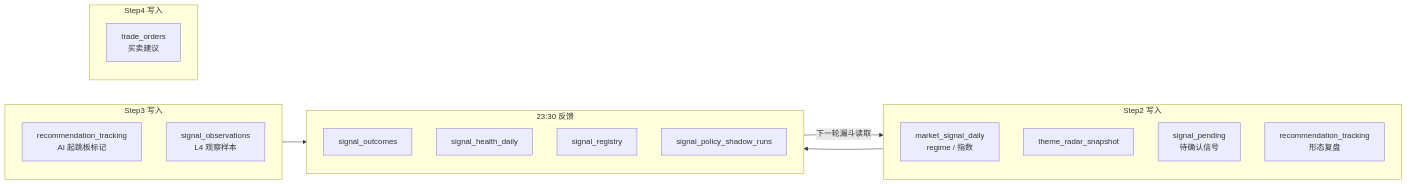
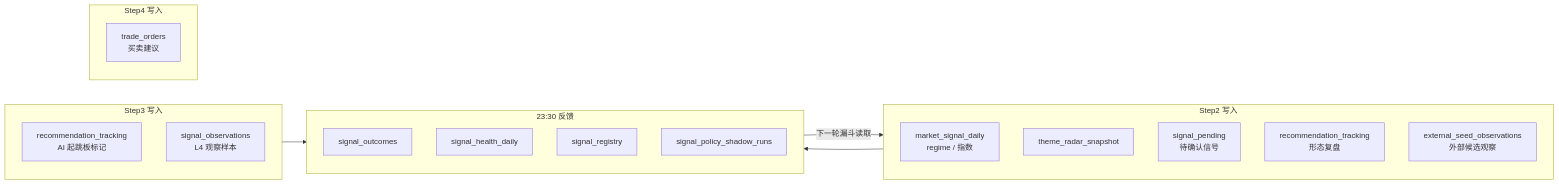
Before and after one commit to niyoh120/Wyckoff-Analysis: the seventh of 7 diagrams in docs/A_SHARE_FUNNEL_FLOW.md, drawn with Mermaid. The commit also changed other lines of this file and 8 other files, not shown here.

````diff
--- a/docs/A_SHARE_FUNNEL_FLOW.md
+++ b/docs/A_SHARE_FUNNEL_FLOW.md
@@ -298,29 +313,30 @@
 ```mermaid
 flowchart LR
     subgraph STEP2_WRITE["Step2 写入"]
         W1["market_signal_daily<br/>regime / 指数"]
         W2["theme_radar_snapshot"]
         W3["signal_pending<br/>待确认信号"]
         W4["recommendation_tracking<br/>形态复盘"]
+        W12["external_seed_observations<br/>外部候选观察"]
     end
 
     subgraph STEP3_WRITE["Step3 写入"]
         W5["recommendation_tracking<br/>AI 起跳板标记"]
         W6["signal_observations<br/>L4 观察样本"]
     end
 
     subgraph STEP4_WRITE["Step4 写入"]
         W7["trade_orders<br/>买卖建议"]
     end
 
     subgraph FEEDBACK["23:30 反馈"]
         W8["signal_outcomes"]
         W9["signal_health_daily"]
         W10["signal_registry"]
         W11["signal_policy_shadow_runs"]
     end
 
     STEP2_WRITE --> FEEDBACK
     STEP3_WRITE --> FEEDBACK
     FEEDBACK -->|下一轮漏斗读取| STEP2_WRITE
 ```
````
